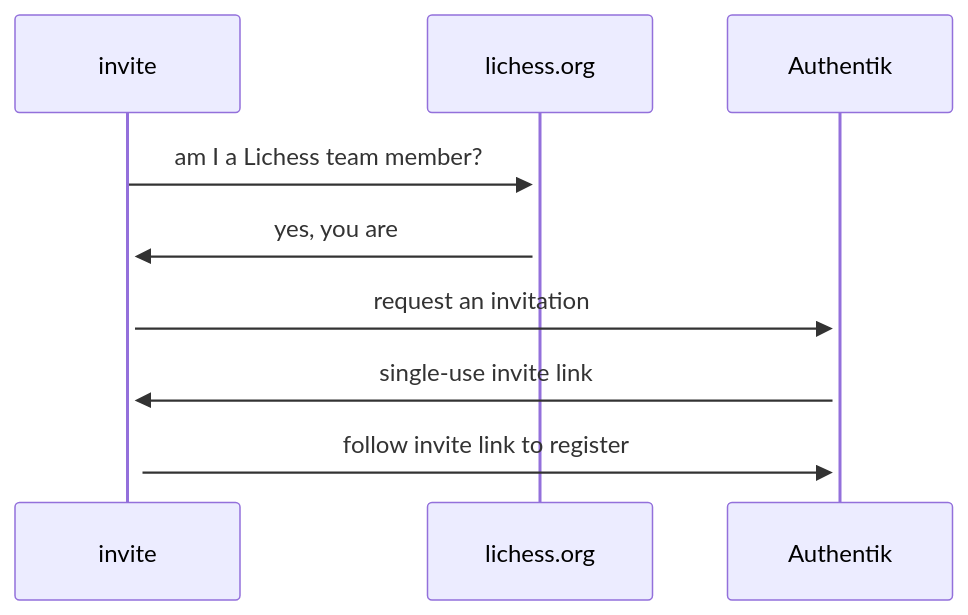
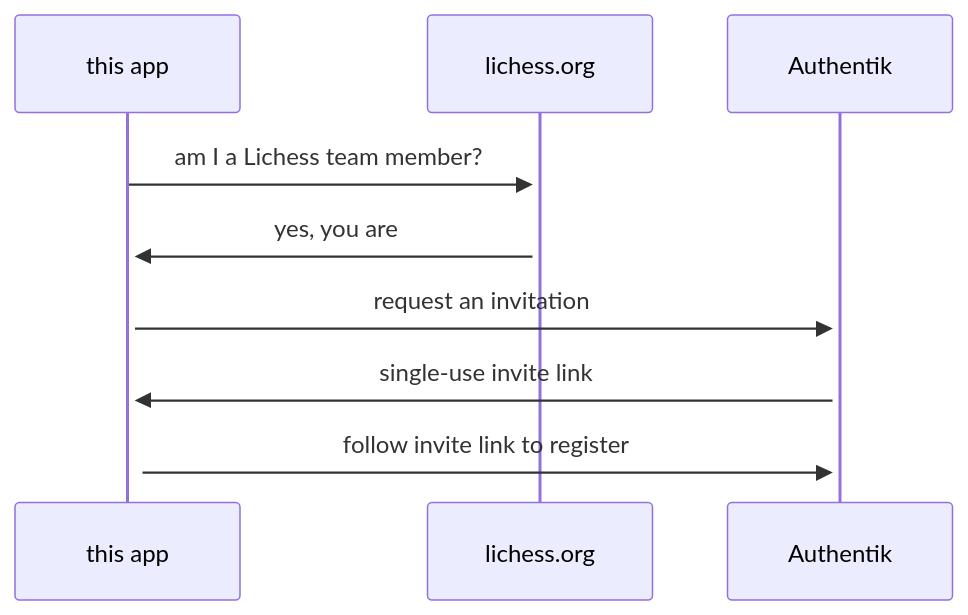
Before and after one commit to lichess-org/team: the diagram in README.md, drawn with Mermaid. The commit also changed other lines of this file and 3 other files, not shown here.

````diff
--- a/README.md
+++ b/README.md
@@ -1,8 +1,8 @@
 ```mermaid
 sequenceDiagram
-    invite->>+lichess.org: am I a Lichess team member?
-    lichess.org->>+invite: yes, you are
-    invite->>+Authentik: request an invitation
-    Authentik->>+invite: single-use invite link
-    invite->>+Authentik: follow invite link to register
+    this app->>+lichess.org: am I a Lichess team member?
+    lichess.org->>+this app: yes, you are
+    this app->>+Authentik: request an invitation
+    Authentik->>+this app: single-use invite link
+    this app->>+Authentik: follow invite link to register
 ```
````
